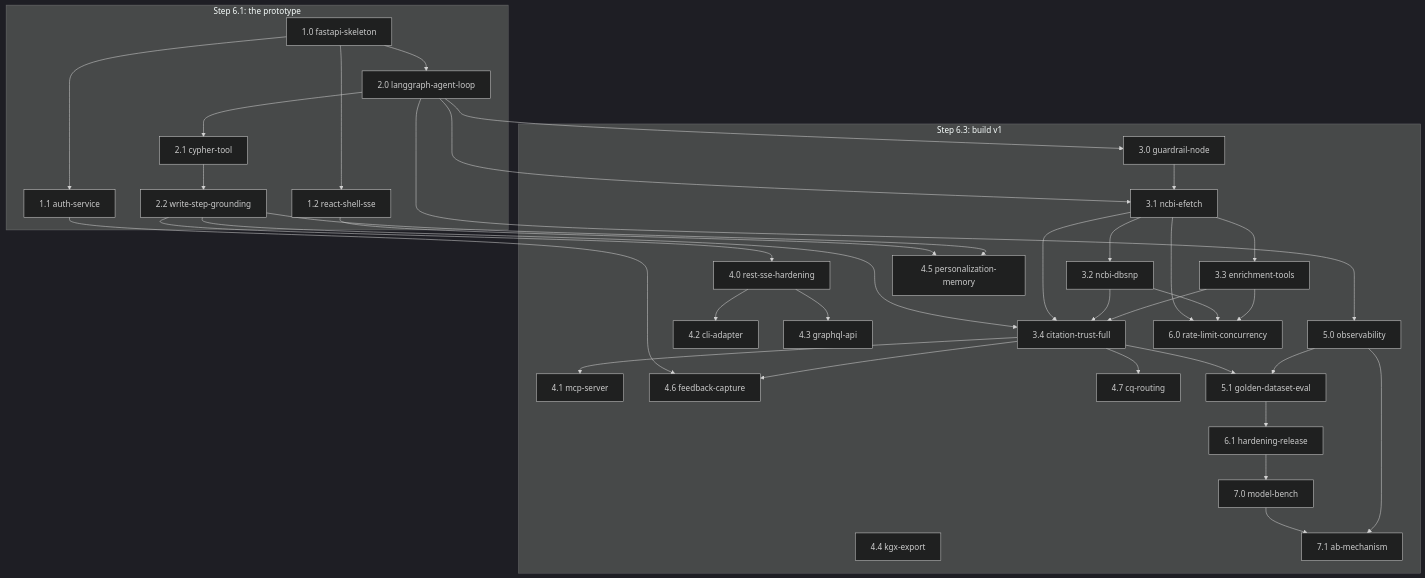
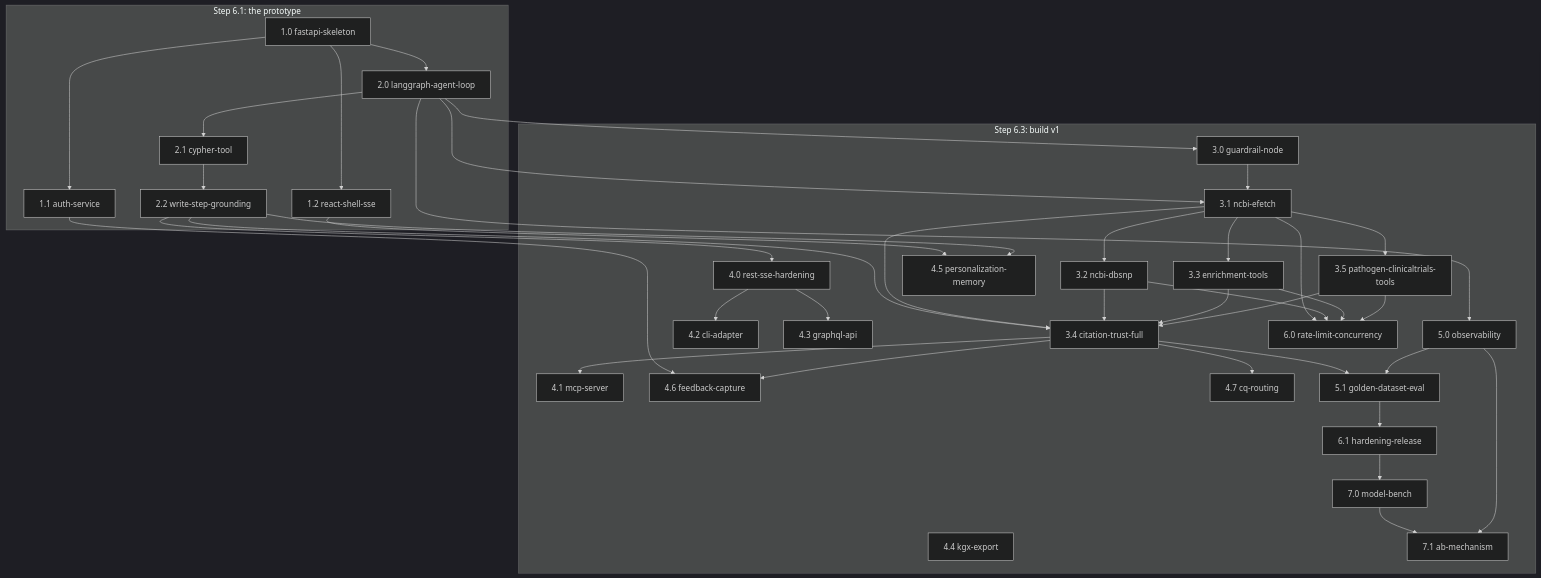
Diagram 12 of 12 in requirements/Technical_specification.md (monideep2255/agentic-search-ui), drawn with Mermaid (dark theme) before and after one commit. The commit also changed other lines of this file and 1 other file, not shown here.

Commit message:
Reconcile the tech spec (Step 4.3): unify event schemas, add two tools, six delivery surfaces

````diff
--- a/requirements/Technical_specification.md
+++ b/requirements/Technical_specification.md
@@ -3011,65 +3223,69 @@
 ```mermaid
 graph TD
     subgraph Prototype["Step 6.1: the prototype"]
         P10[1.0 fastapi-skeleton]
         P11[1.1 auth-service]
         P12[1.2 react-shell-sse]
         P20[2.0 langgraph-agent-loop]
         P21[2.1 cypher-tool]
         P22[2.2 write-step-grounding]
     end
     subgraph V1["Step 6.3: build v1"]
         P30[3.0 guardrail-node]
         P31[3.1 ncbi-efetch]
         P32[3.2 ncbi-dbsnp]
         P33[3.3 enrichment-tools]
+        P35[3.5 pathogen-clinicaltrials-tools]
         P34[3.4 citation-trust-full]
         P40[4.0 rest-sse-hardening]
         P41[4.1 mcp-server]
         P42[4.2 cli-adapter]
         P43[4.3 graphql-api]
         P44[4.4 kgx-export]
         P45[4.5 personalization-memory]
         P46[4.6 feedback-capture]
         P47[4.7 cq-routing]
         P50[5.0 observability]
         P51[5.1 golden-dataset-eval]
         P60[6.0 rate-limit-concurrency]
         P61[6.1 hardening-release]
         P70[7.0 model-bench]
         P71[7.1 ab-mechanism]
     end
     P10 --> P11
     P10 --> P12
     P10 --> P20
     P20 --> P21
     P21 --> P22
     P20 --> P30
     P20 --> P31
     P30 --> P31
     P31 --> P32
     P31 --> P33
+    P31 --> P35
     P22 --> P34
     P31 --> P34
     P32 --> P34
     P33 --> P34
+    P35 --> P34
     P22 --> P40
     P34 --> P41
     P40 --> P42
     P40 --> P43
     P12 --> P45
     P22 --> P45
     P11 --> P46
     P34 --> P46
     P34 --> P47
     P20 --> P50
     P34 --> P51
     P50 --> P51
     P31 --> P60
     P32 --> P60
     P33 --> P60
+    P35 --> P60
     P51 --> P61
     P61 --> P70
     P70 --> P71
     P50 --> P71
 ```
````
